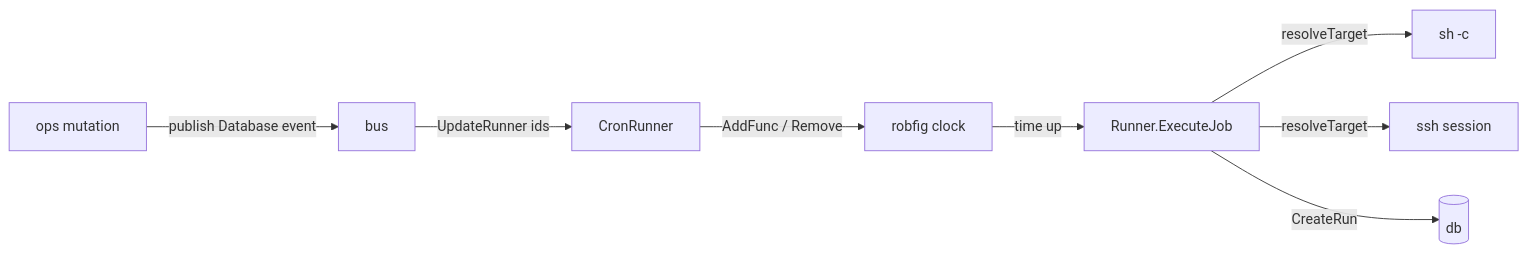
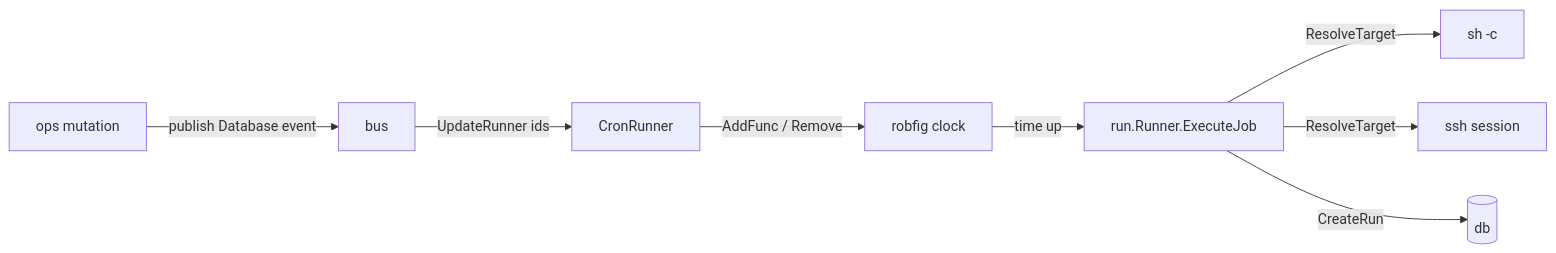
Before and after one commit to tduncan96/ritual: the diagram in docs/cron.md, drawn with Mermaid. The commit also changed other lines of this file and 6 other files, not shown here.

````diff
--- a/docs/cron.md
+++ b/docs/cron.md
@@ -68,9 +41,9 @@
 ```mermaid
 flowchart LR
     OPS[ops mutation] -->|publish Database event| BUS[bus]
     BUS -->|UpdateRunner ids| CR[CronRunner]
     CR -->|AddFunc / Remove| ROBFIG[robfig clock]
-    ROBFIG -->|time up| EXE[Runner.ExecuteJob]
-    EXE -->|resolveTarget| LOCAL[sh -c] & SSH[ssh session]
+    ROBFIG -->|time up| EXE[run.Runner.ExecuteJob]
+    EXE -->|ResolveTarget| LOCAL[sh -c] & SSH[ssh session]
     EXE -->|CreateRun| DB[(db)]
 ```
````
